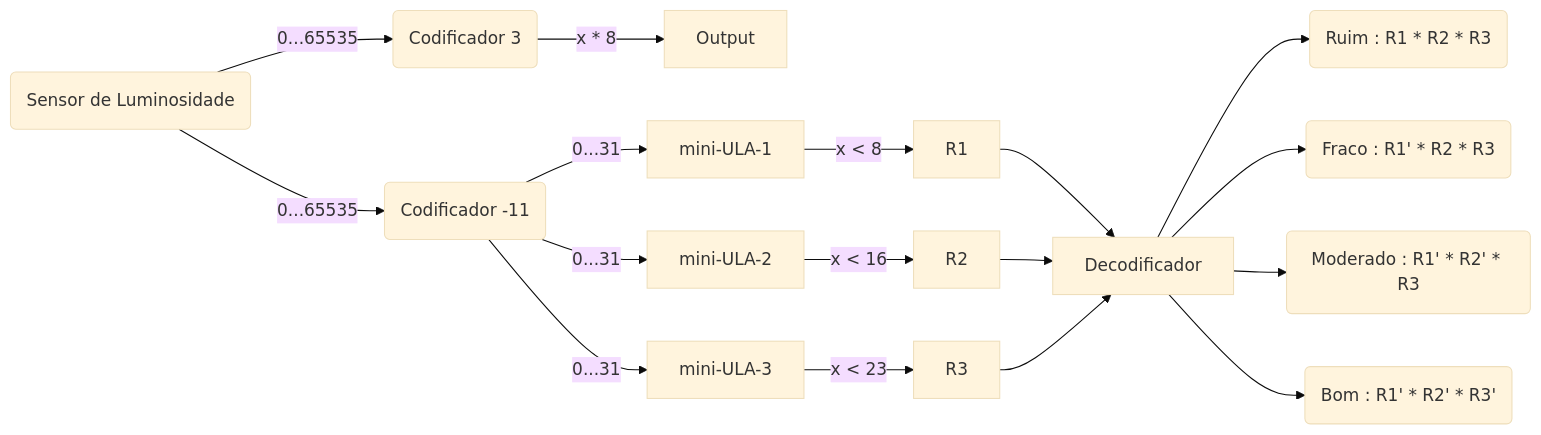
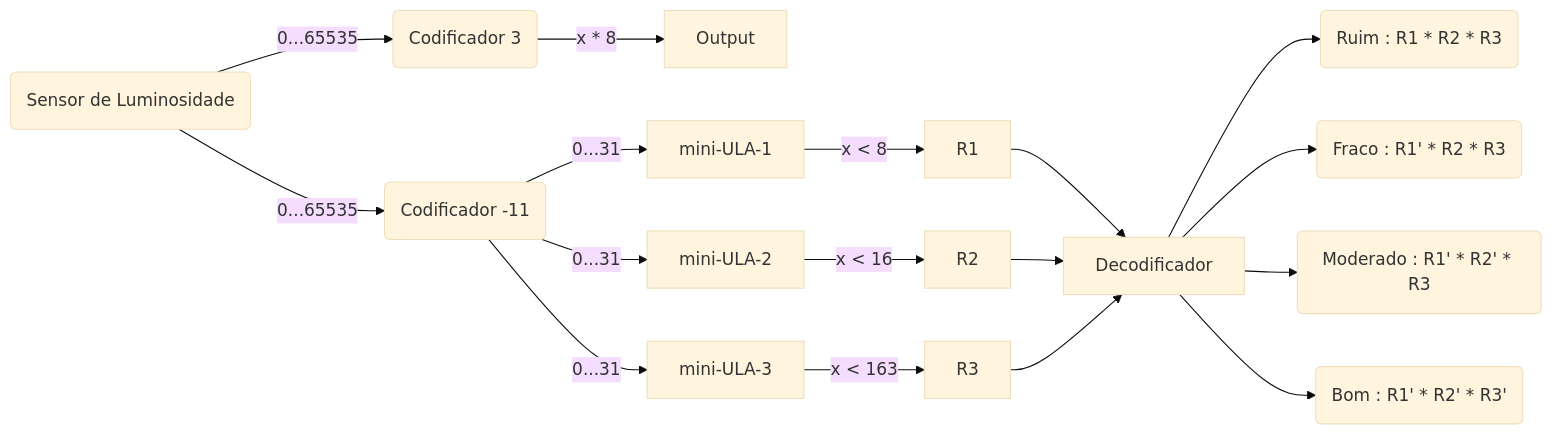
Before and after one commit to Enzo0100/Solar-Quality: the first of 3 diagrams in README.md, drawn with Mermaid (base theme). The commit also changed other lines of this file and 2 other files, not shown here.

````diff
--- a/README.md
+++ b/README.md
@@ -112,19 +112,19 @@
 ```mermaid
 graph LR; 
     sensor(Sensor de Luminosidade)-->|0...65535|cod2(Codificador -11);
     sensor(Sensor de Luminosidade)-->|0...65535|cod(Codificador 3)
     cod(Codificador 3)-->|x * 8|Output
     cod2(Codificador -11)-->|0...31|mini-ULA-1
     cod2(Codificador -11)-->|0...31|mini-ULA-2
     cod2(Codificador -11)-->|0...31|mini-ULA-3
     mini-ULA-1-->|x < 8|R1
     mini-ULA-2-->|x < 16|R2
-    mini-ULA-3-->|x < 23|R3
+    mini-ULA-3-->|x < 163|R3
     R1-->Decodificador
     R2-->Decodificador
     R3-->Decodificador
     Decodificador-->Ruim(Ruim : R1 * R2 * R3)
     Decodificador-->Fraco(Fraco : R1' * R2 * R3)
     Decodificador-->Moderado(Moderado : R1' * R2' * R3)
     Decodificador-->Bom(Bom : R1' * R2' * R3')
 ```
````
